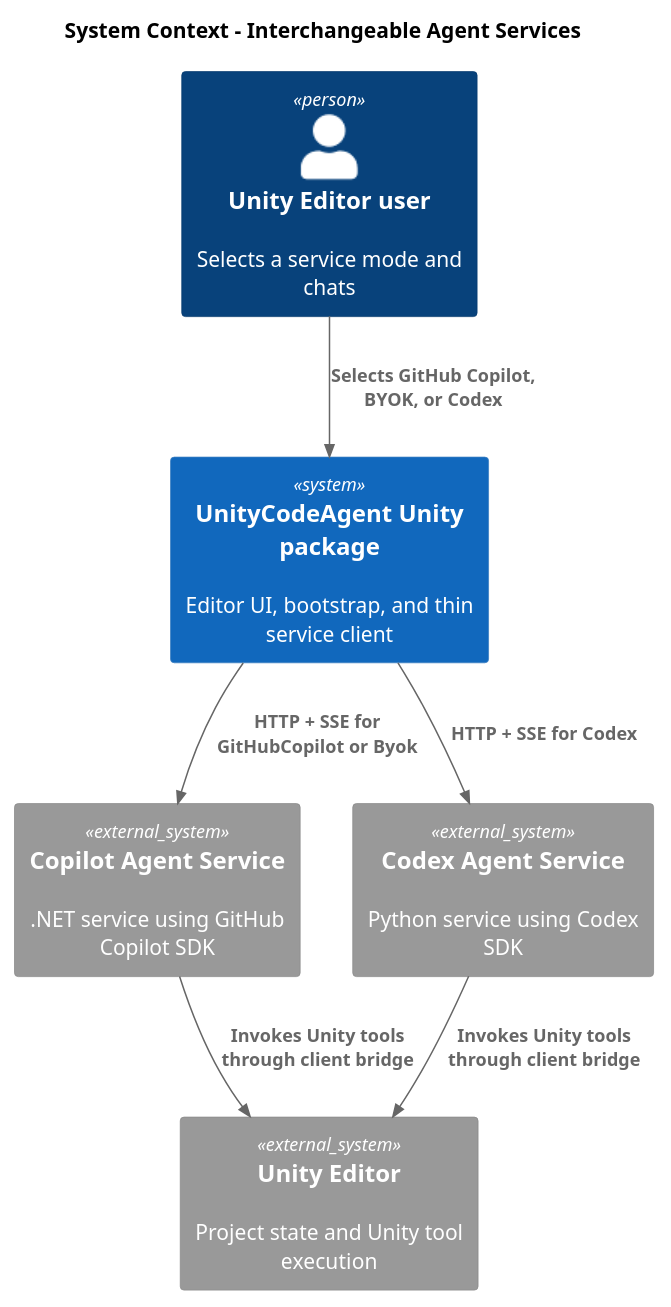
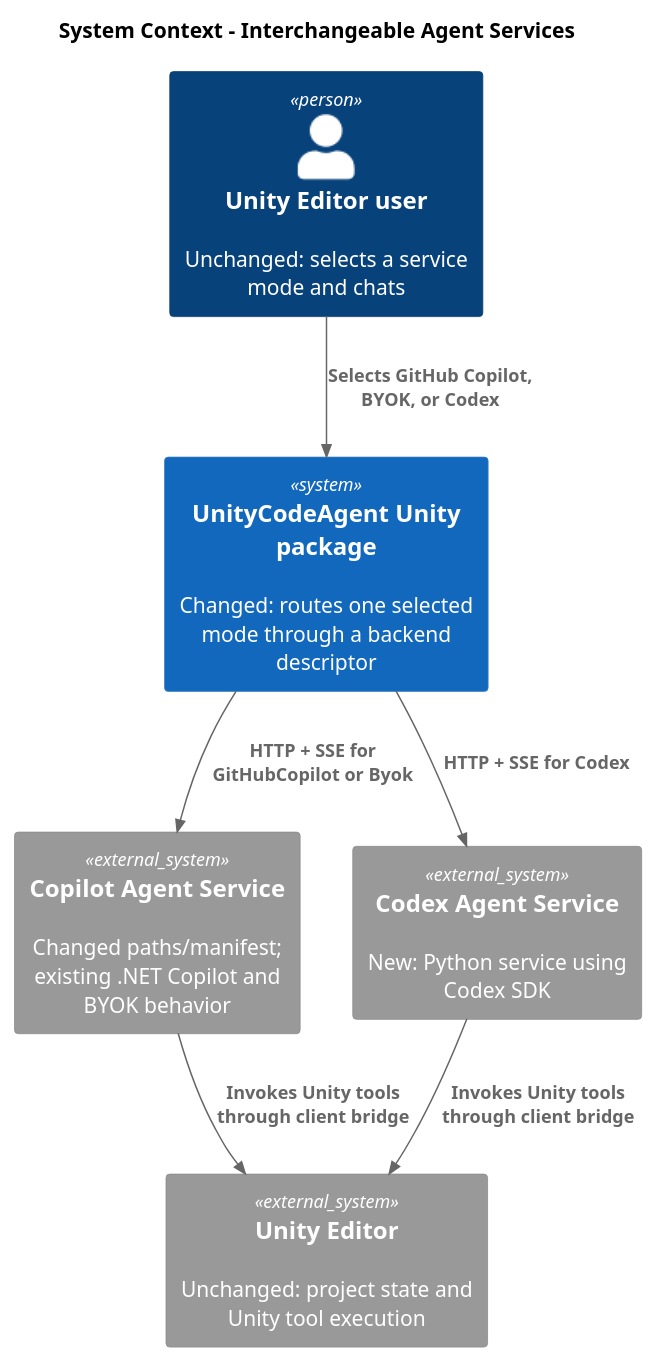
The first of 5 diagrams in docs/kanban/add-codex-agent-service.md (Signal-Loop/UnityCodeAgent), drawn with PlantUML before and after one commit. The commit also changed other lines of this file, not shown here.

Commit message:
feat: Update add-codex-agent-service.md to reflect status change and enhance documentation for Codex service integration

````diff
--- a/docs/kanban/add-codex-agent-service.md
+++ b/docs/kanban/add-codex-agent-service.md
@@ -140,16 +152,16 @@
 ```plantuml
 @startuml
 !include <C4/C4_Context>
 title System Context - Interchangeable Agent Services
-Person(user, "Unity Editor user", "Selects a service mode and chats")
-System(unity, "UnityCodeAgent Unity package", "Editor UI, bootstrap, and thin service client")
-System_Ext(copilot, "Copilot Agent Service", ".NET service using GitHub Copilot SDK")
-System_Ext(codex, "Codex Agent Service", "Python service using Codex SDK")
-System_Ext(editor, "Unity Editor", "Project state and Unity tool execution")
+Person(user, "Unity Editor user", "Unchanged: selects a service mode and chats")
+System(unity, "UnityCodeAgent Unity package", "Changed: routes one selected mode through a backend descriptor")
+System_Ext(copilot, "Copilot Agent Service", "Changed paths/manifest; existing .NET Copilot and BYOK behavior")
+System_Ext(codex, "Codex Agent Service", "New: Python service using Codex SDK")
+System_Ext(editor, "Unity Editor", "Unchanged: project state and Unity tool execution")
 Rel(user, unity, "Selects GitHub Copilot, BYOK, or Codex")
 Rel(unity, copilot, "HTTP + SSE for GitHubCopilot or Byok")
 Rel(unity, codex, "HTTP + SSE for Codex")
 Rel(copilot, editor, "Invokes Unity tools through client bridge")
 Rel(codex, editor, "Invokes Unity tools through client bridge")
 @enduml
 ```
````
